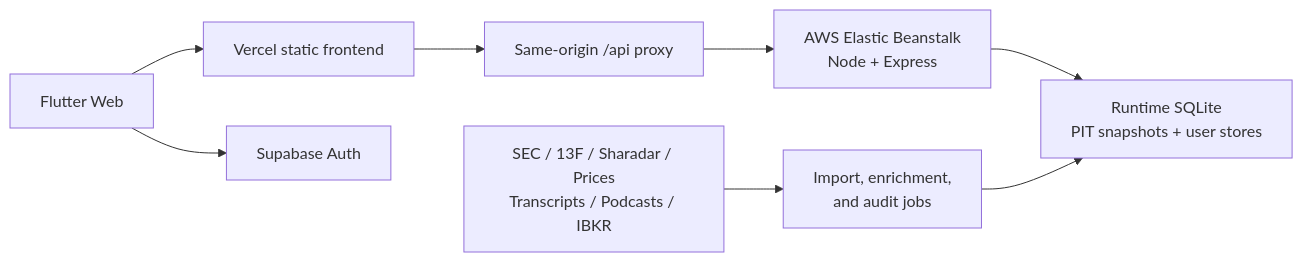
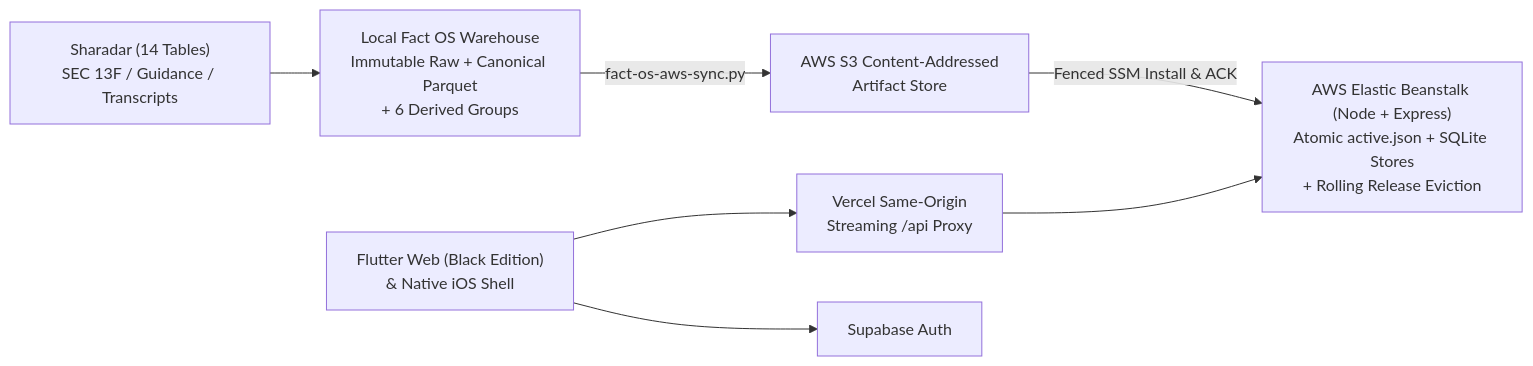
The diagram in README.md (yudonglu1136/thesisforge), drawn with Mermaid before and after one commit. The commit also changed other lines of this file and 16 other files, not shown here.

````diff
--- a/README.md
+++ b/README.md
@@ -81,19 +84,17 @@
 ```mermaid
 flowchart LR
-  Client["Flutter Web"]
-  Vercel["Vercel static frontend"]
-  Proxy["Same-origin /api proxy"]
+  Sharadar["Sharadar (14 Tables)<br/>SEC 13F / Guidance / Transcripts"]
+  FactOS["Local Fact OS Warehouse<br/>Immutable Raw + Canonical Parquet<br/>+ 6 Derived Groups"]
+  S3["AWS S3 Content-Addressed<br/>Artifact Store"]
+  EB["AWS Elastic Beanstalk (Node + Express)<br/>Atomic active.json + SQLite Stores<br/>+ Rolling Release Eviction"]
+  Proxy["Vercel Same-Origin<br/>Streaming /api Proxy"]
+  Client["Flutter Web (Black Edition)<br/>& Native iOS Shell"]
   Auth["Supabase Auth"]
-  API["AWS Elastic Beanstalk<br/>Node + Express"]
-  DB["Runtime SQLite<br/>PIT snapshots + user stores"]
-  Jobs["Import, enrichment,<br/>and audit jobs"]
-  Sources["SEC / 13F / Sharadar / Prices<br/>Transcripts / Podcasts / IBKR"]
 
-  Client --> Vercel
+  Sharadar --> FactOS
+  FactOS -->|"fact-os-aws-sync.py"| S3
+  S3 -->|"Fenced SSM Install & ACK"| EB
   Client --> Auth
-  Vercel --> Proxy
-  Proxy --> API
-  API --> DB
-  Sources --> Jobs
-  Jobs --> DB
+  Client --> Proxy
+  Proxy --> EB
 ```
````
